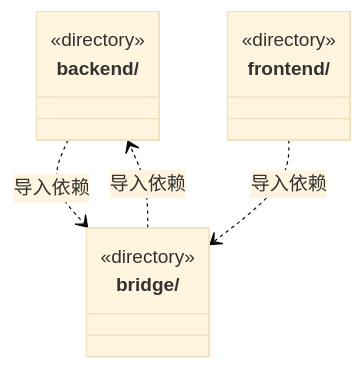
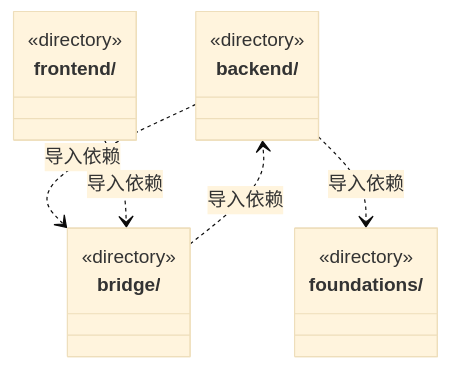
The diagram in src/ARCHITECTURE.md (nan023062/cbim), drawn with Mermaid (base theme) before and after one commit. The commit also changed other lines of this file and 38 other files, not shown here.

````diff
--- a/src/ARCHITECTURE.md
+++ b/src/ARCHITECTURE.md
@@ -15,15 +15,19 @@
 ```mermaid
 classDiagram
 class N_src_backend["backend/"] {
   <<directory>>
 }
 class N_src_bridge["bridge/"] {
   <<directory>>
 }
+class N_src_foundations["foundations/"] {
+  <<directory>>
+}
 class N_src_frontend["frontend/"] {
   <<directory>>
 }
 N_src_backend ..> N_src_bridge : 导入依赖
+N_src_backend ..> N_src_foundations : 导入依赖
 N_src_bridge ..> N_src_backend : 导入依赖
 N_src_frontend ..> N_src_bridge : 导入依赖
 ```
````
